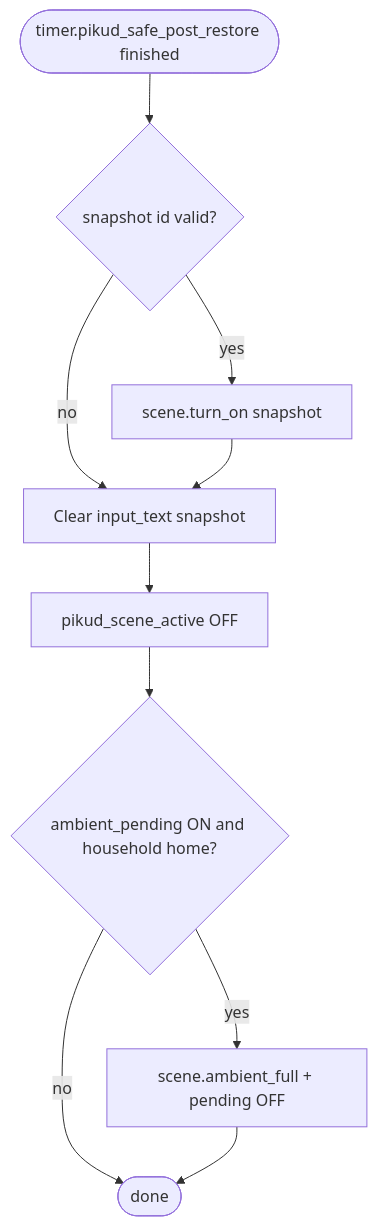
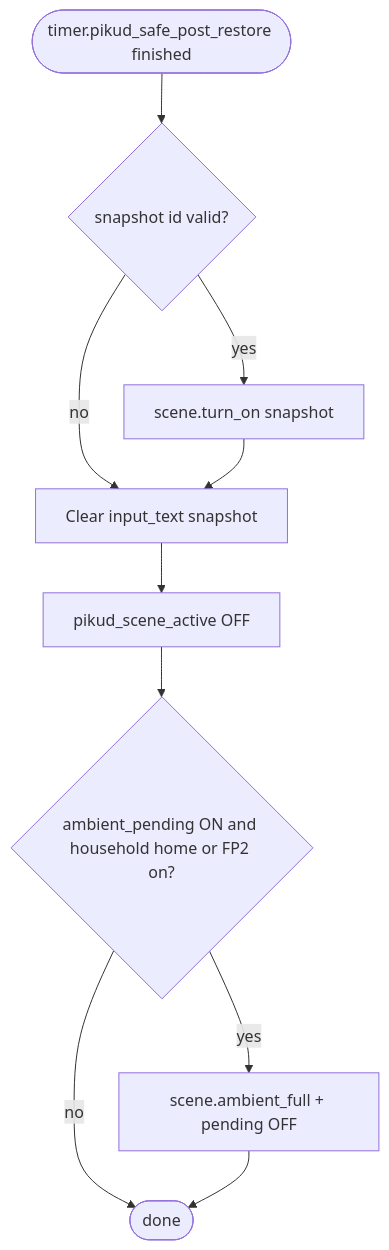
The sixth of 6 diagrams in repo-docs/automations-pikud-oref.md (maximunited/hass), drawn with Mermaid before and after one commit. The commit also changed other lines of this file and 4 other files, not shown here.

Commit message:
fix(ambient): FP2 presence, 2am off, retry after Pikud

````diff
--- a/repo-docs/automations-pikud-oref.md
+++ b/repo-docs/automations-pikud-oref.md
@@ -140,12 +140,12 @@
 ```mermaid
 flowchart TD
   P([timer.pikud_safe_post_restore finished]) --> R{ snapshot id valid? }
   R -->|yes| SNAP_ON[ scene.turn_on snapshot ]
   R -->|no| CLEAR
   SNAP_ON --> CLEAR[ Clear input_text snapshot ]
   CLEAR --> OFF[ pikud_scene_active OFF ]
-  OFF --> AMB{ ambient_pending ON and household home? }
+  OFF --> AMB{ ambient_pending ON and household home or FP2 on? }
   AMB -->|yes| AMB_FULL[ scene.ambient_full + pending OFF ]
   AMB -->|no| END([done])
   AMB_FULL --> END
 ```
````
